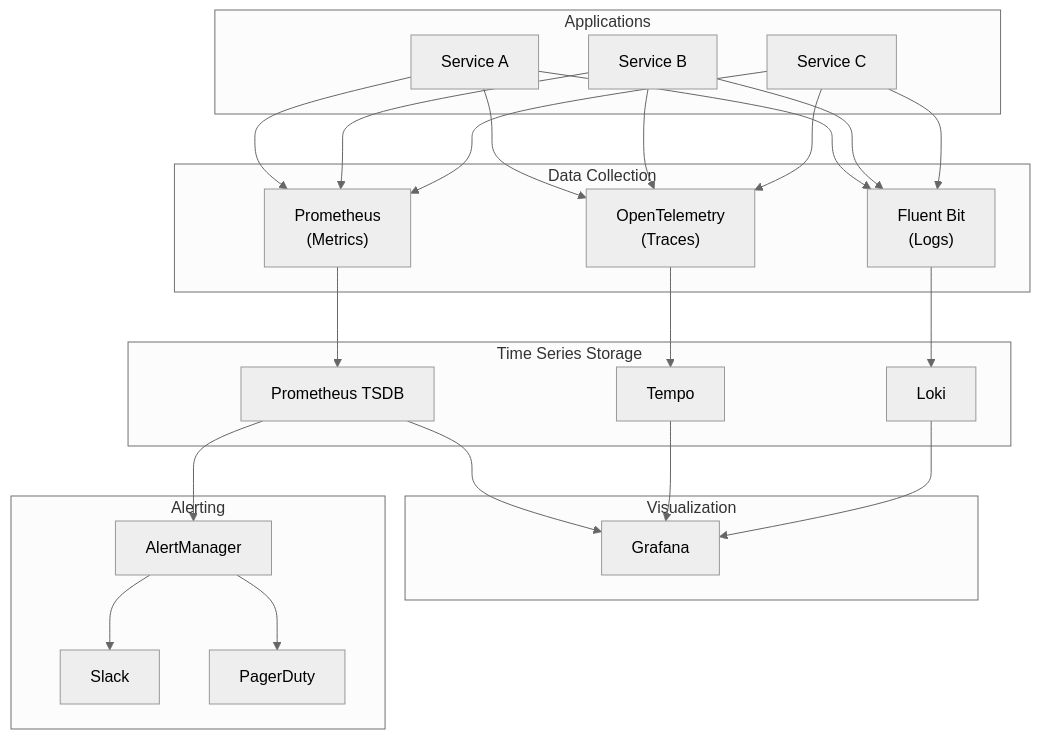
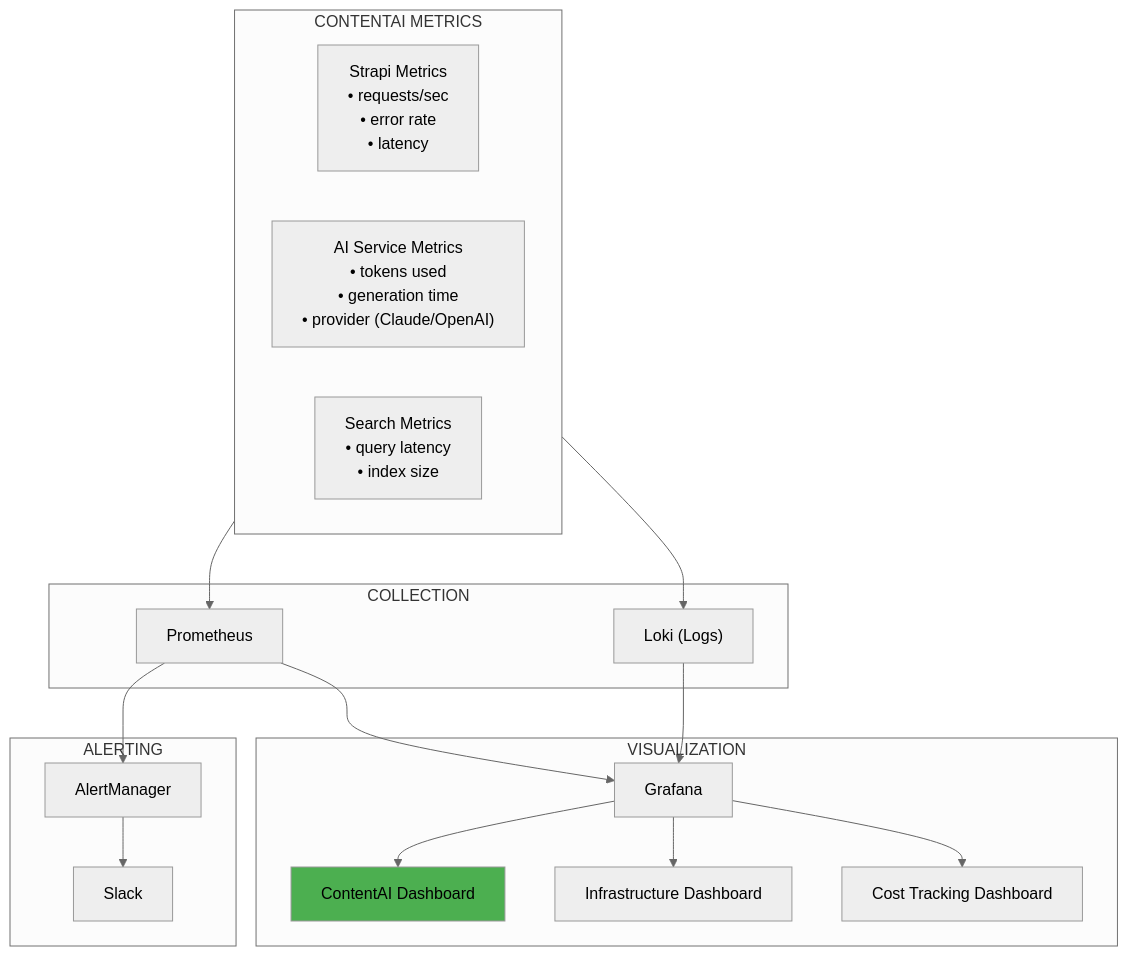
The sixth of 9 diagrams in DevOps/01-Product/04-Target-Architecture.md (PearlThoughtsInternship/Internship-Obsidian-Vault), drawn with Mermaid (neutral theme) before and after one commit. The commit also changed other lines of this file and 1 other file, not shown here.

First line of the commit message:
Rewrite Capabilities and Target Architecture with ContentAI focus

````diff
--- a/DevOps/01-Product/04-Target-Architecture.md
+++ b/DevOps/01-Product/04-Target-Architecture.md
@@ -151,52 +280,34 @@
 ```mermaid
 flowchart TB
-    subgraph Apps["Applications"]
-        App1["Service A"]
-        App2["Service B"]
-        App3["Service C"]
+    subgraph ContentAI["CONTENTAI METRICS"]
+        Strapi["Strapi Metrics\n• requests/sec\n• error rate\n• latency"]
+        AI["AI Service Metrics\n• tokens used\n• generation time\n• provider (Claude/OpenAI)"]
+        Search["Search Metrics\n• query latency\n• index size"]
     end
 
-    subgraph Collection["Data Collection"]
-        PM["Prometheus\n(Metrics)"]
-        OT["OpenTelemetry\n(Traces)"]
-        FL["Fluent Bit\n(Logs)"]
+    subgraph Collection["COLLECTION"]
+        Prom["Prometheus"]
+        Loki["Loki (Logs)"]
     end
 
-    subgraph Storage["Time Series Storage"]
-        PROM["Prometheus TSDB"]
-        TEMPO["Tempo"]
-        LOKI["Loki"]
+    subgraph Visualization["VISUALIZATION"]
+        Graf["Grafana"]
+        Dash1["ContentAI Dashboard"]
+        Dash2["Infrastructure Dashboard"]
+        Dash3["Cost Tracking Dashboard"]
     end
 
-    subgraph Viz["Visualization"]
-        GRAF["Grafana"]
+    subgraph Alerting["ALERTING"]
+        AM["AlertManager"]
+        Slack["Slack"]
     end
 
-    subgraph Alert["Alerting"]
-        AM["AlertManager"]
-        SLACK["Slack"]
-        PD["PagerDuty"]
-    end
+    ContentAI --> Prom
+    ContentAI --> Loki
+    Prom --> Graf
+    Loki --> Graf
+    Graf --> Dash1 & Dash2 & Dash3
+    Prom --> AM --> Slack
 
-    App1 --> PM
-    App2 --> PM
-    App3 --> PM
-    App1 --> OT
-    App2 --> OT
-    App3 --> OT
-    App1 --> FL
-    App2 --> FL
-    App3 --> FL
-
-    PM --> PROM
-    OT --> TEMPO
-    FL --> LOKI
-
-    PROM --> GRAF
-    TEMPO --> GRAF
-    LOKI --> GRAF
-
-    PROM --> AM
-    AM --> SLACK
-    AM --> PD
+    style Dash1 fill:#4CAF50
 ```
````
